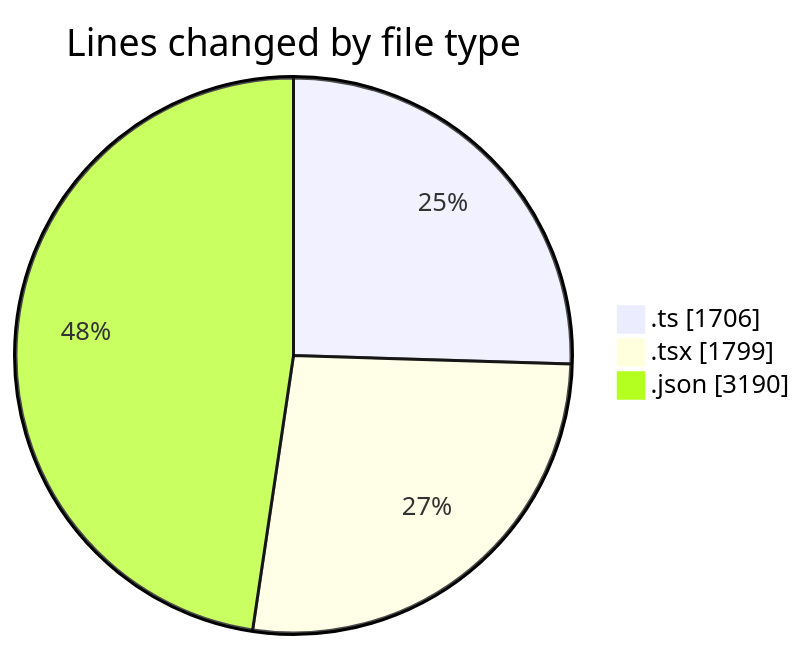
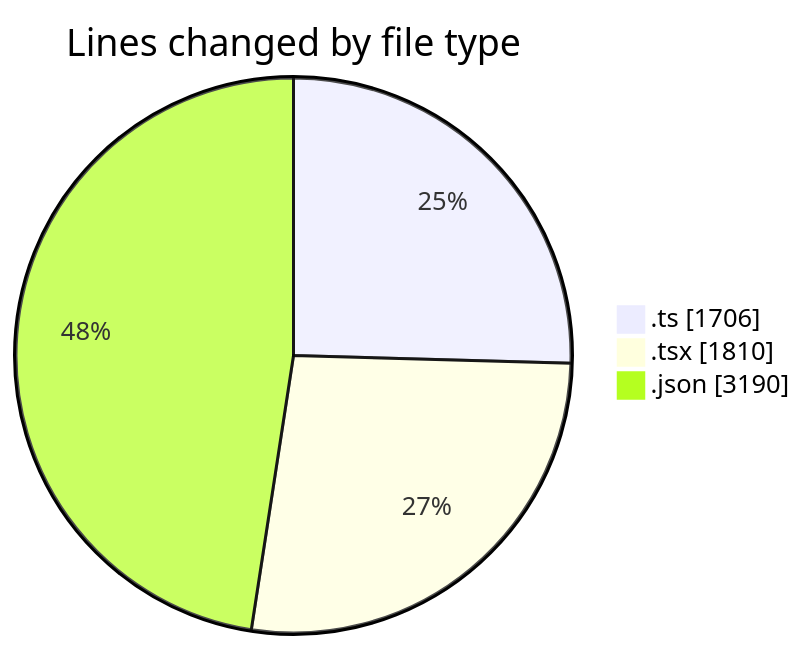
Before and after one commit to julien-gomy/code-tracking: the first of 2 diagrams in 2025-10-23/eventscop-frontend-guide__workspace_/README.md, drawn with Mermaid. The commit also changed other lines of this file and 1 other file, not shown here.

````diff
--- a/2025-10-23/eventscop-frontend-guide__workspace_/README.md
+++ b/2025-10-23/eventscop-frontend-guide__workspace_/README.md
@@ -33,7 +33,7 @@
 ```mermaid
 pie showData
 title Lines changed by file type
 ".ts" : 1706
-".tsx" : 1799
+".tsx" : 1810
 ".json" : 3190
 ```
````
